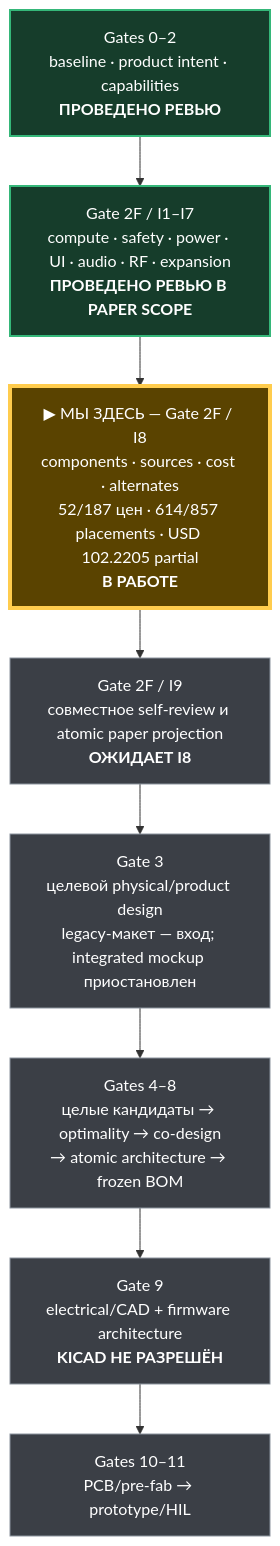
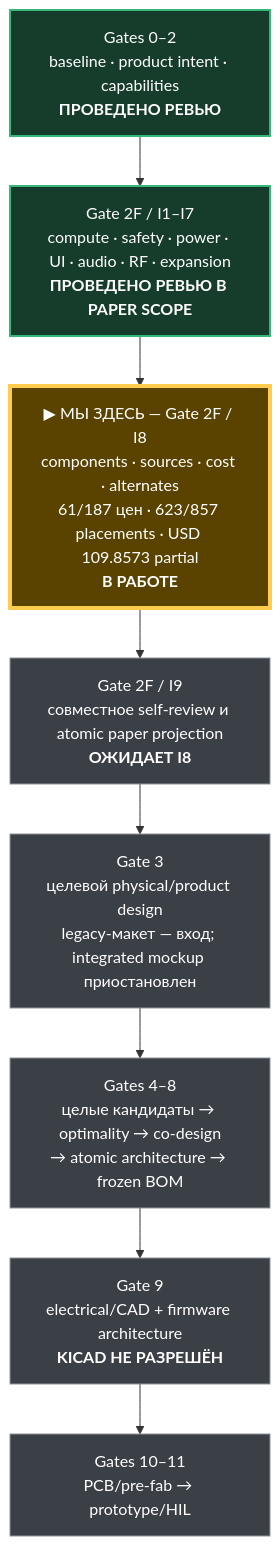
Before and after one commit to anton-vinogradov/esp32-leshy2: the diagram in docs/review/stages.md, drawn with Mermaid. The commit also changed other lines of this file and 20 other files, not shown here.

````diff
--- a/docs/review/stages.md
+++ b/docs/review/stages.md
@@ -15,20 +15,20 @@
 ```mermaid
 flowchart TD
   G02["Gates 0–2<br/>baseline · product intent · capabilities<br/><b>ПРОВЕДЕНО РЕВЬЮ</b>"]
   I17["Gate 2F / I1–I7<br/>compute · safety · power · UI · audio · RF · expansion<br/><b>ПРОВЕДЕНО РЕВЬЮ В PAPER SCOPE</b>"]
-  I8["▶ МЫ ЗДЕСЬ — Gate 2F / I8<br/>components · sources · cost · alternates<br/>52/187 цен · 614/857 placements · USD 102.2205 partial<br/><b>В РАБОТЕ</b>"]
+  I8["▶ МЫ ЗДЕСЬ — Gate 2F / I8<br/>components · sources · cost · alternates<br/>61/187 цен · 623/857 placements · USD 109.8573 partial<br/><b>В РАБОТЕ</b>"]
   I9["Gate 2F / I9<br/>совместное self-review и atomic paper projection<br/><b>ОЖИДАЕТ I8</b>"]
   G3["Gate 3<br/>целевой physical/product design<br/>legacy-макет — вход; integrated mockup приостановлен"]
   G48["Gates 4–8<br/>целые кандидаты → optimality → co-design<br/>→ atomic architecture → frozen BOM"]
   G9["Gate 9<br/>electrical/CAD + firmware architecture<br/><b>KICAD НЕ РАЗРЕШЁН</b>"]
   G1011["Gates 10–11<br/>PCB/pre-fab → prototype/HIL"]
 
   G02 --> I17 --> I8 --> I9 --> G3 --> G48 --> G9 --> G1011
 
   classDef reviewed fill:#163d2b,stroke:#35b779,color:#ffffff,stroke-width:2px;
   classDef current fill:#5a4300,stroke:#ffcc4d,color:#ffffff,stroke-width:4px;
   classDef blocked fill:#3b3f46,stroke:#8b949e,color:#ffffff,stroke-width:1px;
   class G02,I17 reviewed;
   class I8 current;
   class I9,G3,G48,G9,G1011 blocked;
 ```
````
